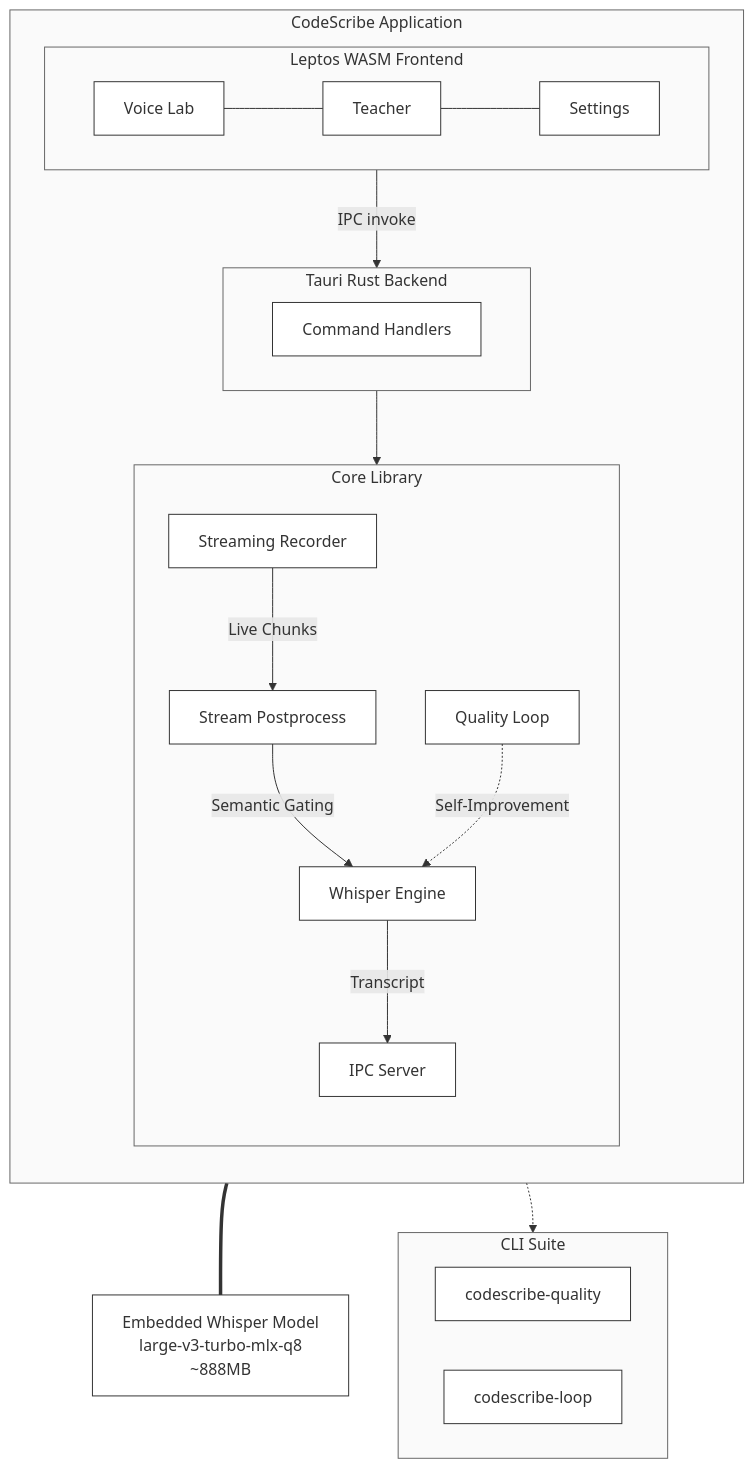
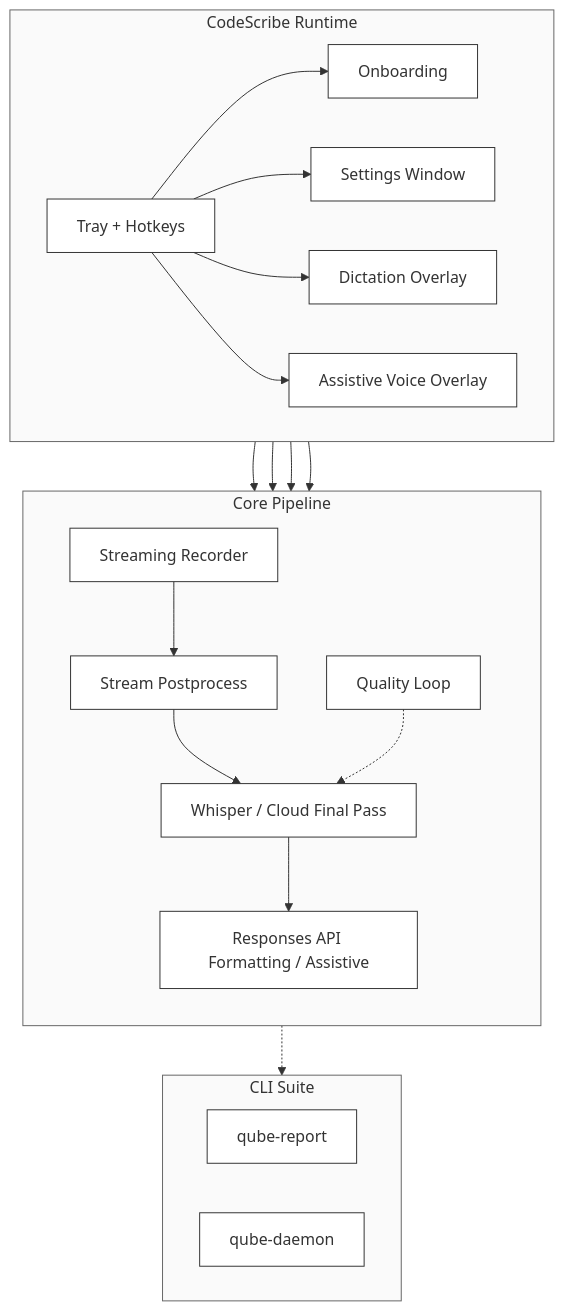
The first of 2 diagrams in README.md (vetcoders/codescribe), drawn with Mermaid before and after one commit. The commit also changed other lines of this file and 291 other files, not shown here.

````diff
--- a/README.md
+++ b/README.md
@@ -11,49 +20,43 @@
 ```mermaid
 flowchart TB
-    %% Minimal monochrome styling
     classDef default fill:#fff,stroke:#333,stroke-width:1px;
     classDef box fill:#fafafa,stroke:#666,stroke-width:1px,stroke-dasharray: 0;
 
-    subgraph APP[CodeScribe Application]
-        direction TB
-
-        subgraph UI[Leptos WASM Frontend]
-            direction LR
-            VL[Voice Lab] --- TE[Teacher] --- SET[Settings]
-        end
-
-        subgraph BACKEND[Tauri Rust Backend]
-            CMD[Command Handlers]
-        end
-
-        UI -->|IPC invoke| BACKEND
-
-        subgraph CORE[Core Library]
-            direction TB
-            REC[Streaming Recorder]
-            POST[Stream Postprocess]
-            WH[Whisper Engine]
-            IPC[IPC Server]
-            QL[Quality Loop]
-
-            REC -->|Live Chunks| POST
-            POST -->|Semantic Gating| WH
-            WH -->|Transcript| IPC
-            QL -.->|Self-Improvement| WH
-        end
-
-        BACKEND --> CORE
+    subgraph APP[CodeScribe Runtime]
+        direction LR
+        TRAY[Tray + Hotkeys]
+        ONB[Onboarding]
+        SET[Settings Window]
+        OVL[Dictation Overlay]
+        CHAT[Assistive Voice Overlay]
     end
 
-    MODEL["Embedded Whisper Model<br/>large-v3-turbo-mlx-q8<br/>~888MB"]
-    WH === MODEL
+    subgraph CORE[Core Pipeline]
+        direction TB
+        REC[Streaming Recorder]
+        POST[Stream Postprocess]
+        STT[Whisper / Cloud Final Pass]
+        LLM[Responses API Formatting / Assistive]
+        QL[Quality Loop]
+    end
 
     subgraph TOOLS[CLI Suite]
-        QCLI[codescribe-quality]
-        LCLI[codescribe-loop]
+        QCLI[qube-report]
+        LCLI[qube-daemon]
     end
 
+    TRAY --> ONB
+    TRAY --> SET
+    TRAY --> OVL
+    TRAY --> CHAT
+    TRAY --> CORE
+    SET --> CORE
+    OVL --> CORE
+    CHAT --> CORE
+    REC --> POST --> STT
+    STT --> LLM
+    QL -.-> STT
     CORE -.-> TOOLS
 
-    class APP,UI,BACKEND,CORE,TOOLS box
+    class APP,CORE,TOOLS box
 ```
````
